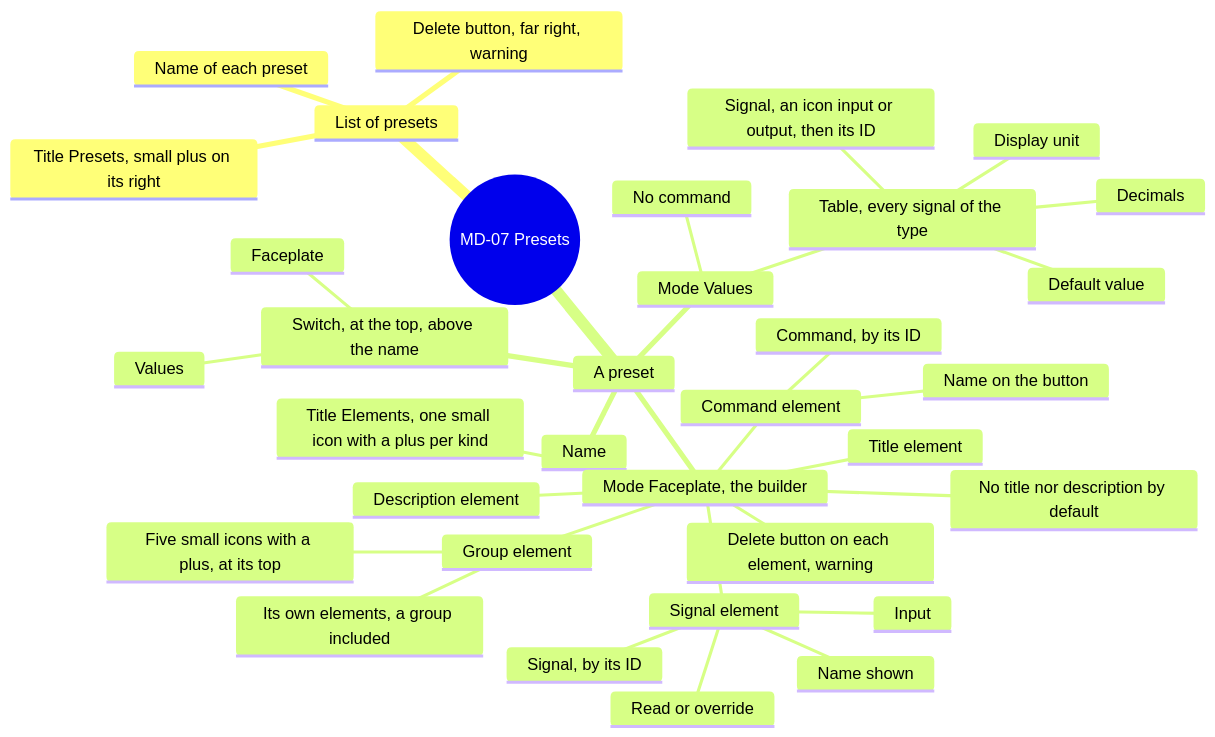
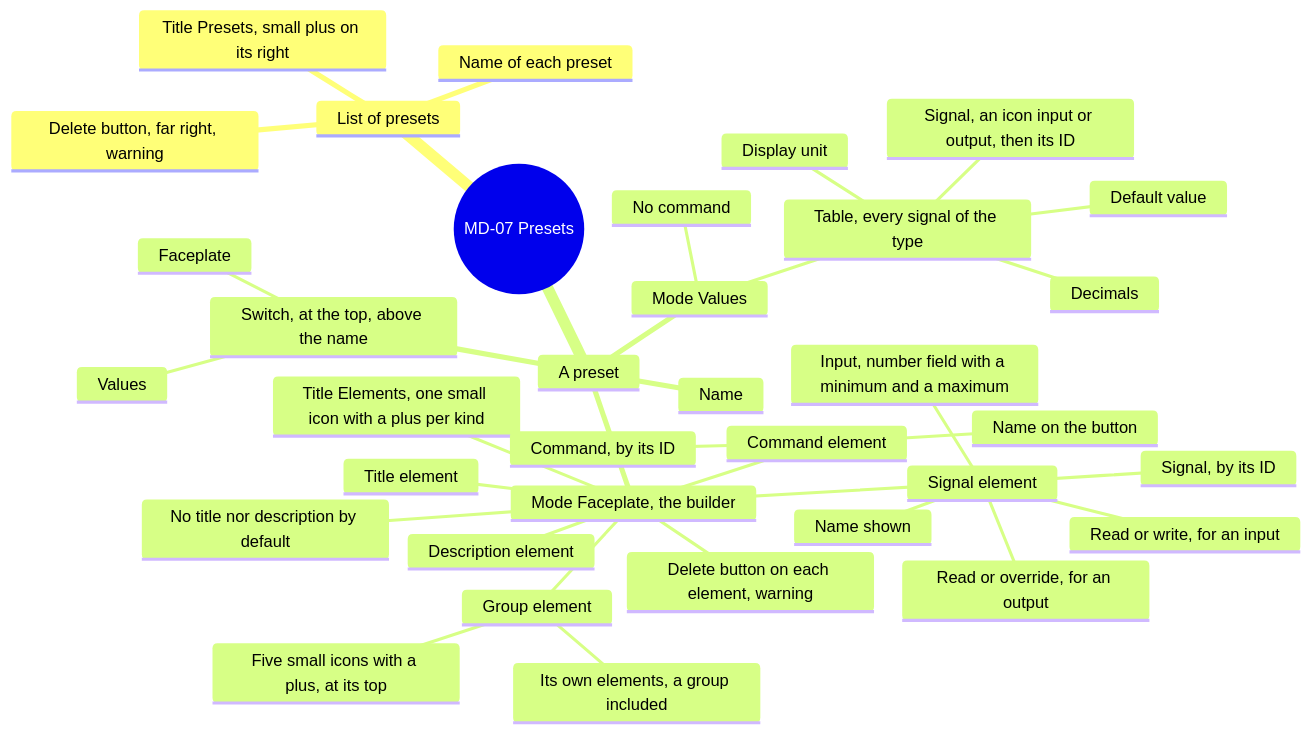
Before and after one commit to AlexandreGallais/synoptic-studio-spec: diagram 12 of 16 in screens/metadata.md, drawn with Mermaid. The commit also changed other lines of this file and 14 other files, not shown here.

````diff
--- a/screens/metadata.md
+++ b/screens/metadata.md
@@ -358,37 +358,38 @@
 ```mermaid
 mindmap
   root((MD-07 Presets))
     List of presets
       Title Presets, small plus on its right
       Name of each preset
       Delete button, far right, warning
     A preset
       Switch, at the top, above the name
         Values
         Faceplate
       Name
       Mode Values
         Table, every signal of the type
           Signal, an icon input or output, then its ID
           Display unit
           Decimals
           Default value
         No command
       Mode Faceplate, the builder
         No title nor description by default
         Title Elements, one small icon with a plus per kind
         Signal element
           Signal, by its ID
           Name shown
-          Input
-          Read or override
+          Input, number field with a minimum and a maximum
+          Read or write, for an input
+          Read or override, for an output
         Command element
           Command, by its ID
           Name on the button
         Title element
         Description element
         Group element
           Five small icons with a plus, at its top
           Its own elements, a group included
         Delete button on each element, warning
 ```
````
